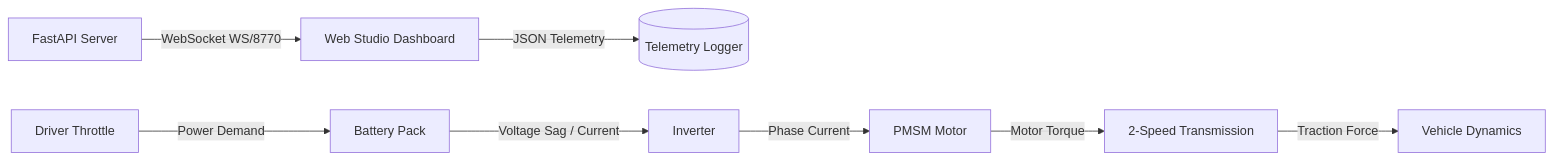
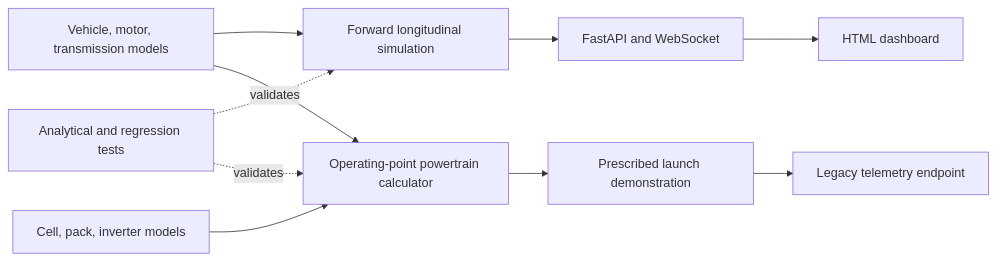
One commit to AsherFerdinand/VEUS-ev-testbench changed the diagram in README.md. Above: the diagram before and after it, drawn with Mermaid. The commit also changed other lines of this file and 14 other files, not shown here.

Commit message:
Add validated forward dynamics and interactive VEUS testbench

````diff
--- a/README.md
+++ b/README.md
@@ -25,11 +69,12 @@
 ```mermaid
 flowchart LR
-    F[FastAPI Server] -- "WebSocket WS/8770" --> W[Web Studio Dashboard]
-    W -- "JSON Telemetry" --> L[(Telemetry Logger)]
-
-    D[Driver Throttle] -- "Power Demand" --> B[Battery Pack]
-    B -- "Voltage Sag / Current" --> I[Inverter]
-    I -- "Phase Current" --> M[PMSM Motor]
-    M -- "Motor Torque" --> T[2-Speed Transmission]
-    T -- "Traction Force" --> V[Vehicle Dynamics]
+    M[Vehicle, motor, transmission models] --> F[Forward longitudinal simulation]
+    F --> A[FastAPI and WebSocket]
+    M --> O[Operating-point powertrain calculator]
+    B[Cell, pack, inverter models] --> O
+    O --> D[Prescribed launch demonstration]
+    D --> L[Legacy telemetry endpoint]
+    A --> W[HTML dashboard]
+    T[Analytical and regression tests] -. validates .-> F
+    T -. validates .-> O
 ```
````
